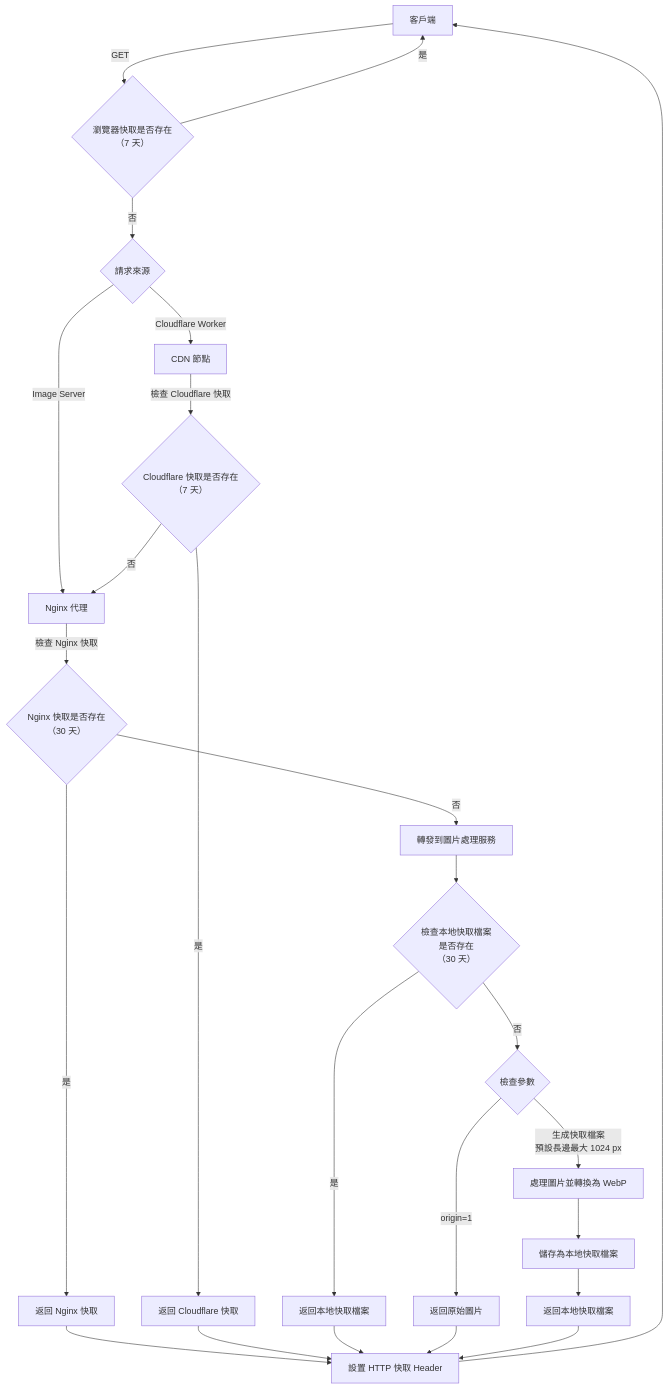
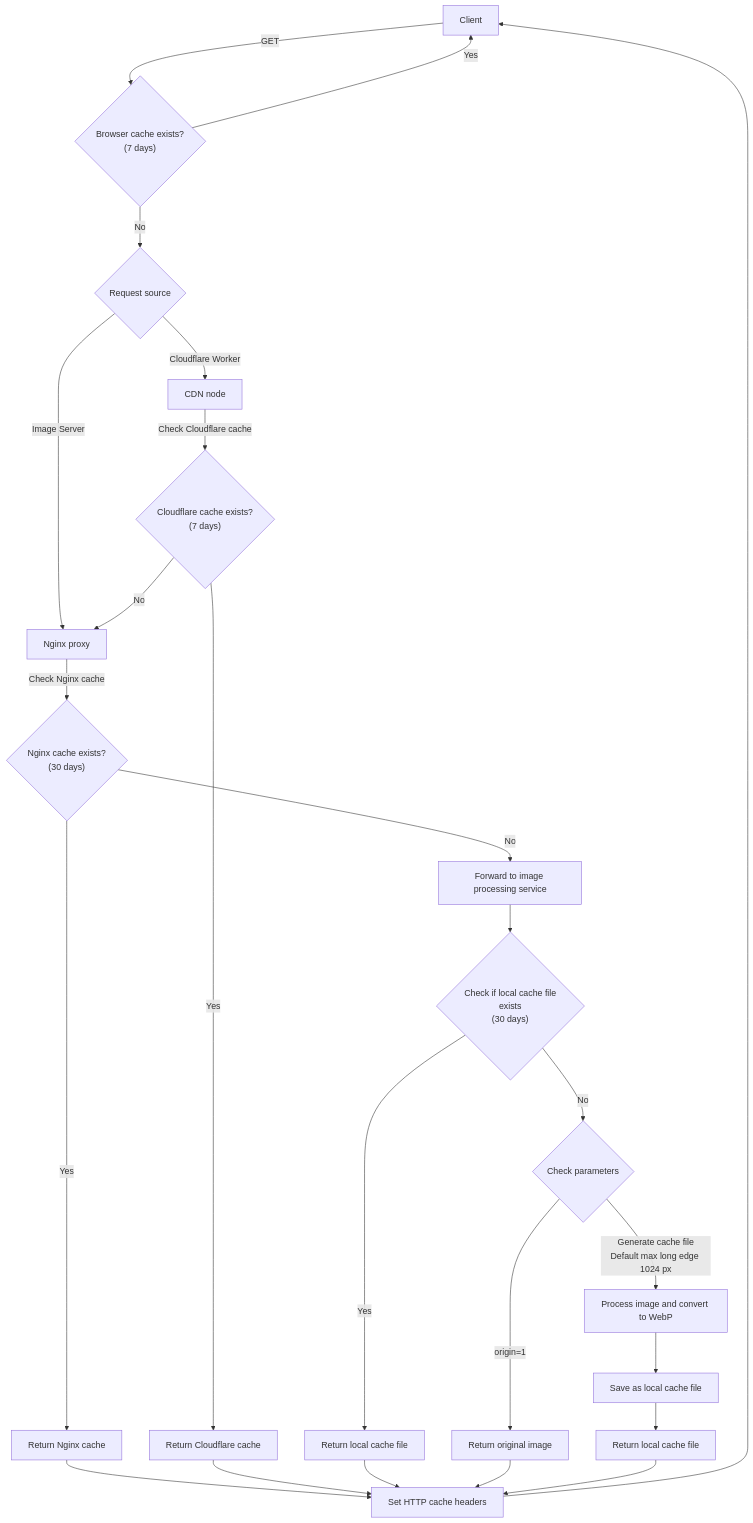
One commit to pardnchiu/golang-image-server changed the first of 2 diagrams in README.md. Above: the diagram before and after it, drawn with Mermaid. The commit also changed other lines of this file and 1 other file, not shown here.

````diff
--- a/README.md
+++ b/README.md
@@ -142,27 +144,27 @@
 ```mermaid
 flowchart TD
-    A["客戶端"] -- GET --> S{"瀏覽器快取是否存在<br>（7 天）"}
-    S -- 是 --> A
-    S -- 否 --> B{"請求來源"}
-    B -- "Image Server" --> C["Nginx 代理"]
-    B -- Cloudflare Worker --> D["CDN 節點"]
-    C -- 檢查 Nginx 快取 --> E{"Nginx 快取是否存在<br>（30 天）"}
-    E -- 是 --> F["返回 Nginx 快取"]
-    E -- 否 --> G["轉發到圖片處理服務"]
-    D -- 檢查 Cloudflare 快取 --> H{"Cloudflare 快取是否存在<br>（7 天）"}
-    H -- 是 --> I["返回 Cloudflare 快取"]
-    H -- 否 --> C
-    G --> K{"檢查本地快取檔案<br>是否存在<br>（30 天）"}
-    K -- 是 --> L["返回本地快取檔案"]
-    K -- 否 --> M{"檢查參數"}
-    M -- "origin=1" --> N["返回原始圖片"]
-    M -- 生成快取檔案<br>預設長邊最大 1024 px --> P["處理圖片並轉換為 WebP"]
-    P --> Q["儲存為本地快取檔案"]
-    Q --> R["返回本地快取檔案"]
-    F --> T["設置 HTTP 快取 Header"]
+    A["Client"] -- GET --> S{"Browser cache exists?<br>(7 days)"}
+    S -- Yes --> A
+    S -- No --> B{"Request source"}
+    B -- "Image Server" --> C["Nginx proxy"]
+    B -- Cloudflare Worker --> D["CDN node"]
+    C -- Check Nginx cache --> E{"Nginx cache exists?<br>(30 days)"}
+    E -- Yes --> F["Return Nginx cache"]
+    E -- No --> G["Forward to image processing service"]
+    D -- Check Cloudflare cache --> H{"Cloudflare cache exists?<br>(7 days)"}
+    H -- Yes --> I["Return Cloudflare cache"]
+    H -- No --> C
+    G --> K{"Check if local cache file<br>exists<br>(30 days)"}
+    K -- Yes --> L["Return local cache file"]
+    K -- No --> M{"Check parameters"}
+    M -- "origin=1" --> N["Return original image"]
+    M -- Generate cache file<br>Default max long edge 1024 px --> P["Process image and convert to WebP"]
+    P --> Q["Save as local cache file"]
+    Q --> R["Return local cache file"]
+    F --> T["Set HTTP cache headers"]
     I --> T
     L --> T
     N --> T
     R --> T
     T --> A
 ```
````
